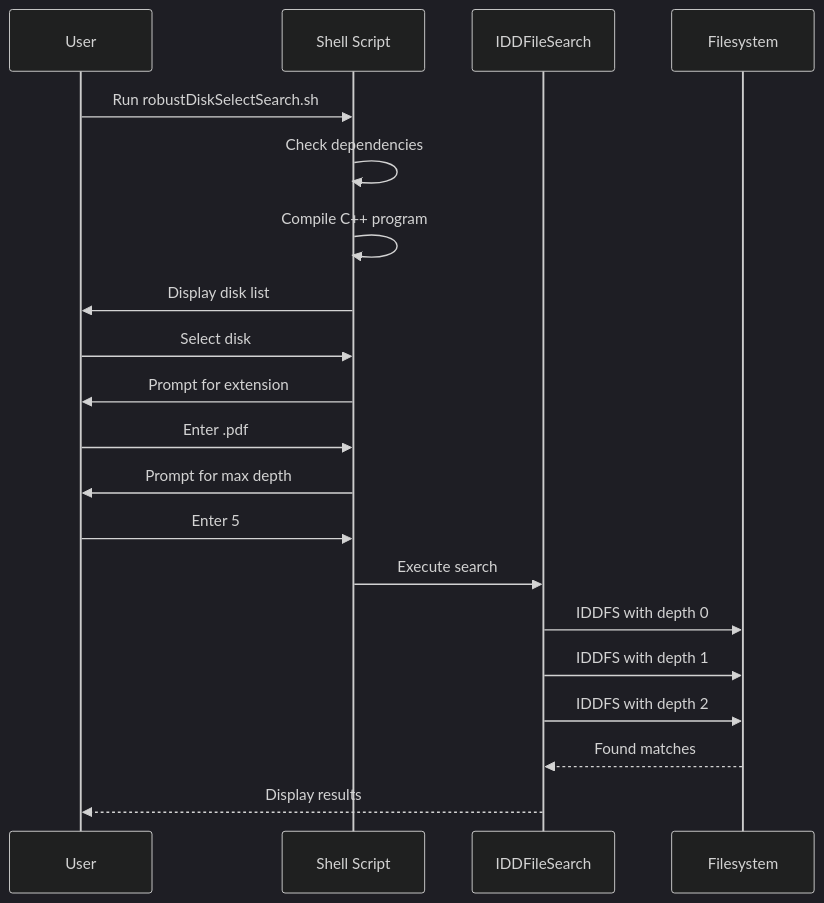
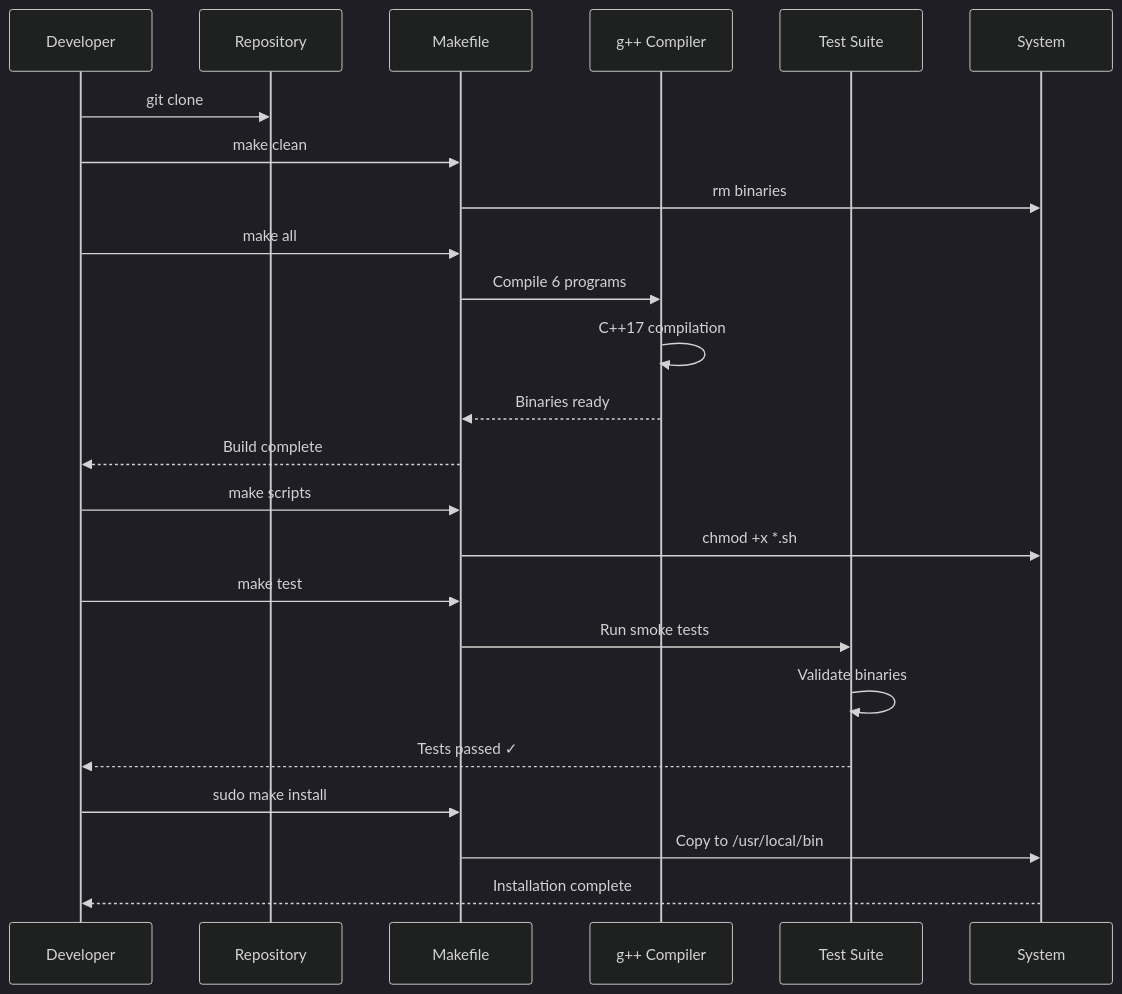
Before and after one commit to danindiana/enterprise-document-treesearch: the fourth of 4 diagrams in README.md, drawn with Mermaid (dark theme). The commit also changed other lines of this file and 1 other file, not shown here.

First line of the commit message:
Archive original README and create build/deployment focused README

````diff
--- a/README.md
+++ b/README.md
@@ -158,23 +682,31 @@
 ```mermaid
 sequenceDiagram
-    participant User
-    participant Script as Shell Script
-    participant Program as IDDFileSearch
-    participant FS as Filesystem
+    participant Dev as Developer
+    participant Repo as Repository
+    participant Make as Makefile
+    participant GCC as g++ Compiler
+    participant Test as Test Suite
+    participant Sys as System
 
-    User->>Script: Run robustDiskSelectSearch.sh
-    Script->>Script: Check dependencies
-    Script->>Script: Compile C++ program
-    Script->>User: Display disk list
-    User->>Script: Select disk
-    Script->>User: Prompt for extension
-    User->>Script: Enter .pdf
-    Script->>User: Prompt for max depth
-    User->>Script: Enter 5
-    Script->>Program: Execute search
-    Program->>FS: IDDFS with depth 0
-    Program->>FS: IDDFS with depth 1
-    Program->>FS: IDDFS with depth 2
-    FS-->>Program: Found matches
-    Program-->>User: Display results
+    Dev->>Repo: git clone
+    Dev->>Make: make clean
+    Make->>Sys: rm binaries
+
+    Dev->>Make: make all
+    Make->>GCC: Compile 6 programs
+    GCC->>GCC: C++17 compilation
+    GCC-->>Make: Binaries ready
+    Make-->>Dev: Build complete
+
+    Dev->>Make: make scripts
+    Make->>Sys: chmod +x *.sh
+
+    Dev->>Make: make test
+    Make->>Test: Run smoke tests
+    Test->>Test: Validate binaries
+    Test-->>Dev: Tests passed ✓
+
+    Dev->>Make: sudo make install
+    Make->>Sys: Copy to /usr/local/bin
+    Sys-->>Dev: Installation complete
 ```
````
